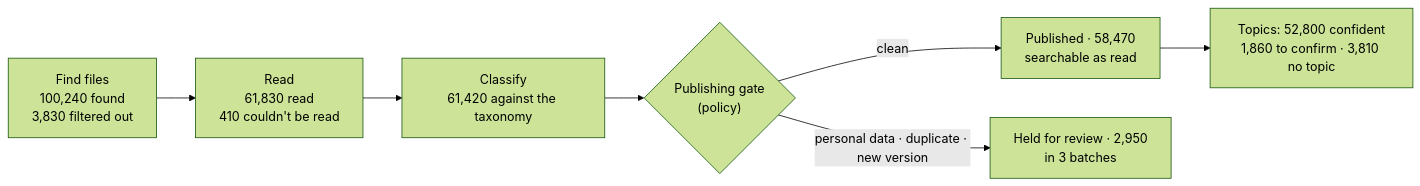
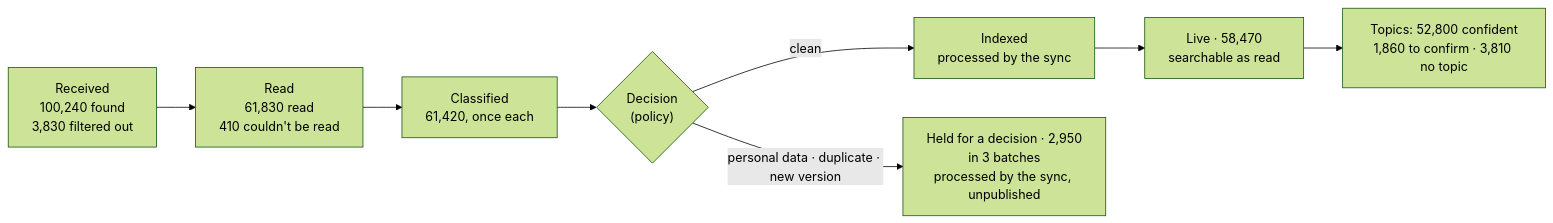
The second of 2 diagrams in apps/ux_preview/docs/KNOWLEDGE_STUDIO.md (NguyenDuy1910/BoMesh), drawn with Mermaid (forest theme) before and after one commit. The commit also changed other lines of this file and 107 other files, not shown here.

````diff
--- a/apps/ux_preview/docs/KNOWLEDGE_STUDIO.md
+++ b/apps/ux_preview/docs/KNOWLEDGE_STUDIO.md
@@ -165,9 +271,10 @@
 ```mermaid
 flowchart LR
-  F["Find files<br/>100,240 found<br/>3,830 filtered out"] --> R["Read<br/>61,830 read<br/>410 couldn't be read"]
-  R --> C["Classify<br/>61,420 against the taxonomy"]
-  C --> G{"Publishing gate<br/>(policy)"}
-  G -->|clean| P["Published · 58,470<br/>searchable as read"]
-  G -->|personal data · duplicate · new version| B["Held for review · 2,950<br/>in 3 batches"]
+  F["Received<br/>100,240 found<br/>3,830 filtered out"] --> R["Read<br/>61,830 read<br/>410 couldn't be read"]
+  R --> C["Classified<br/>61,420, once each"]
+  C --> G{"Decision<br/>(policy)"}
+  G -->|clean| I["Indexed<br/>processed by the sync"]
+  I --> P["Live · 58,470<br/>searchable as read"]
+  G -->|personal data · duplicate · new version| B["Held for a decision · 2,950<br/>in 3 batches<br/>processed by the sync, unpublished"]
   P --> T["Topics: 52,800 confident<br/>1,860 to confirm · 3,810 no topic"]
 ```
````
